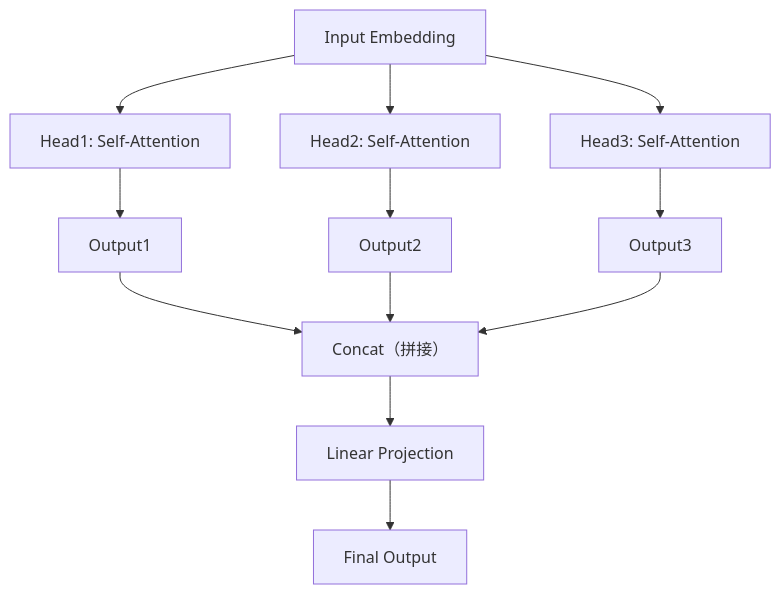
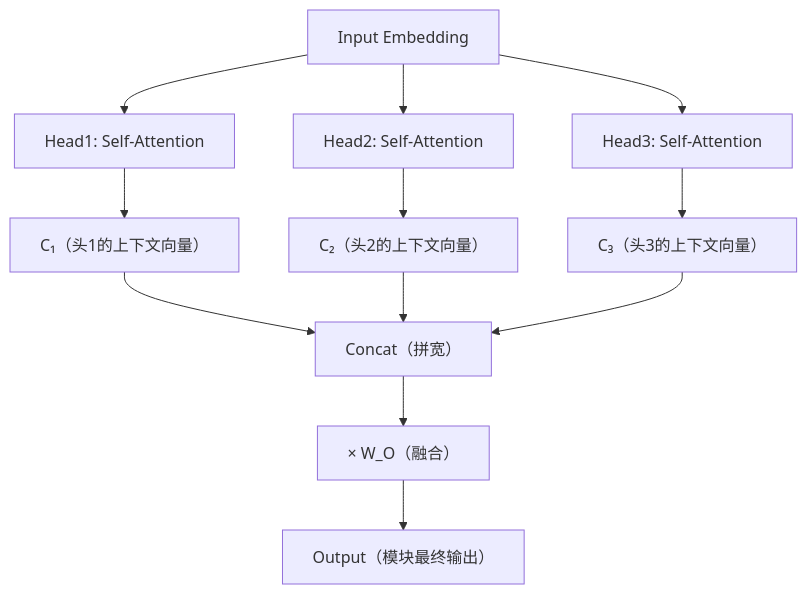
The fifth of 5 diagrams in 1. LLM基础/10. Attention.md (AI-learning-simple/Build-Your-Own-LLM), drawn with Mermaid before and after one commit. The commit also changed other lines of this file and 10 other files, not shown here.

````diff
--- a/1. LLM基础/10. Attention.md
+++ b/1. LLM基础/10. Attention.md
@@ -502,8 +566,8 @@
 ```mermaid
 flowchart TD
-    A["Input Embedding"] --> H1[Head1: Self-Attention] & H2[Head2: Self-Attention] & H3[Head3: Self-Attention]
-    H1 --> O1[Output1]
-    H2 --> O2[Output2]
-    H3 --> O3[Output3]
-    O1 & O2 & O3 --> C["Concat（拼接）"] --> L["Linear Projection"] --> F["Final Output"]
+    A["Input Embedding"] --> H1["Head1: Self-Attention"] & H2["Head2: Self-Attention"] & H3["Head3: Self-Attention"]
+    H1 --> C1["C₁（头1的上下文向量）"]
+    H2 --> C2["C₂（头2的上下文向量）"]
+    H3 --> C3["C₃（头3的上下文向量）"]
+    C1 & C2 & C3 --> CC["Concat（拼宽）"] --> L["× W_O（融合）"] --> F["Output（模块最终输出）"]
 ```
````
